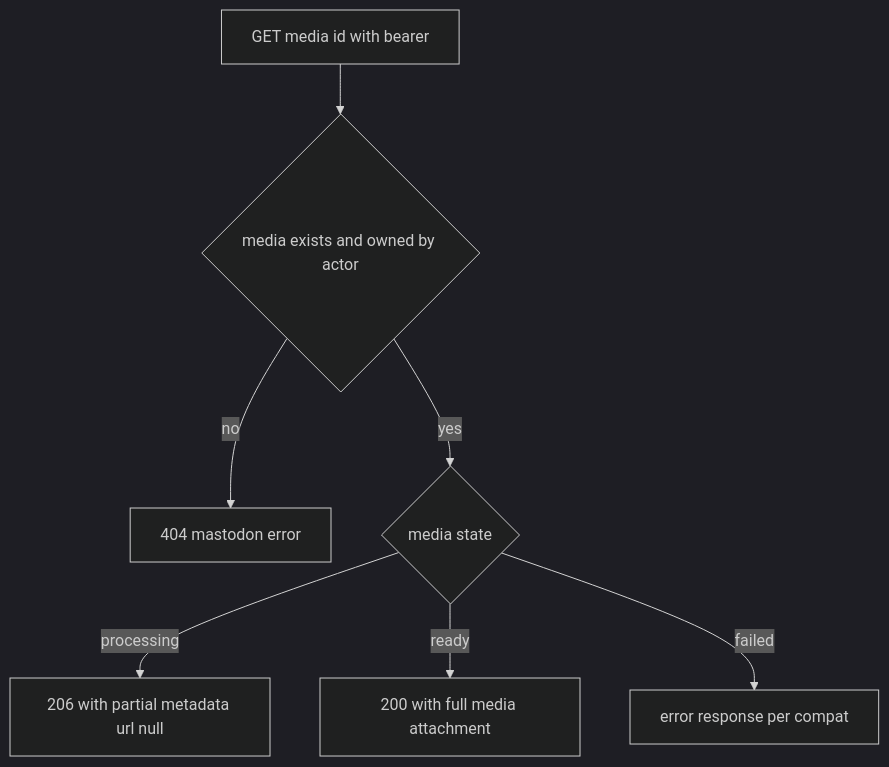
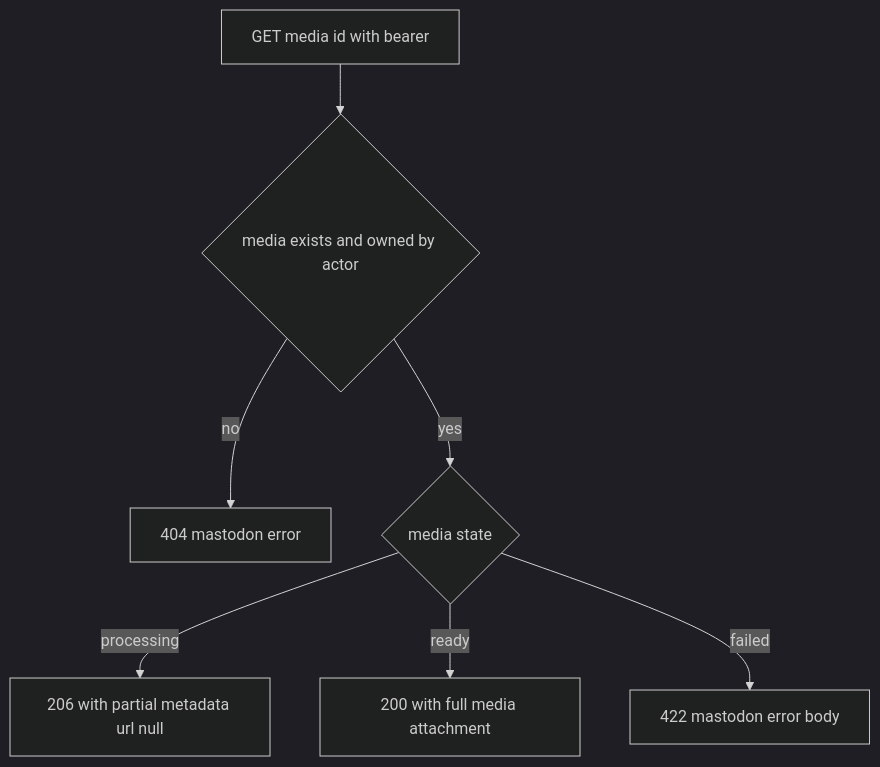
One commit to mat-der-D/kawasemi changed the fourth of 4 diagrams in .kiro/specs/media-pipeline/design.md. Above: the diagram before and after it, drawn with Mermaid (dark theme). The commit also changed other lines of this file and 10 other files, not shown here.

````diff
--- a/.kiro/specs/media-pipeline/design.md
+++ b/.kiro/specs/media-pipeline/design.md
@@ -227,9 +227,9 @@
 ```mermaid
 flowchart TD
     Req[GET media id with bearer] --> Resolve{media exists and owned by actor}
     Resolve -->|no| NotFound[404 mastodon error]
     Resolve -->|yes| State{media state}
     State -->|processing| Partial[206 with partial metadata url null]
     State -->|ready| Ok[200 with full media attachment]
-    State -->|failed| Err[error response per compat]
+    State -->|failed| Err[422 mastodon error body]
 ```
````
